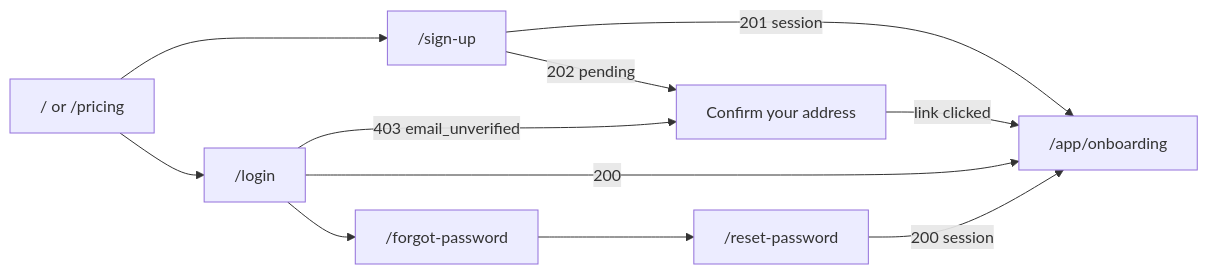
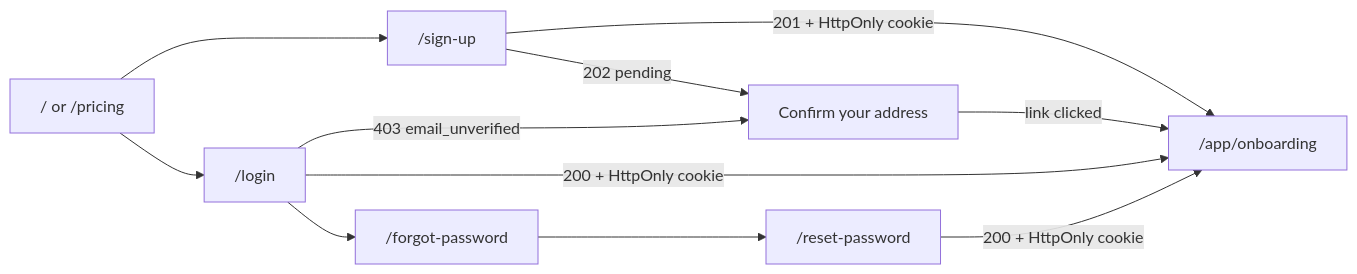
The sixth of 6 diagrams in README.md (Olyxee/Orgni), drawn with Mermaid before and after one commit. The commit also changed other lines of this file and 7 other files, not shown here.

Commit message:
feat(auth): implement session management with HttpOnly cookies and logout functionality

````diff
--- a/README.md
+++ b/README.md
@@ -263,13 +264,13 @@
 ```mermaid
 flowchart LR
     Home["/ or /pricing"] --> Login["/login"]
     Home --> Signup["/sign-up"]
-    Signup -->|"201 session"| Onboard["/app/onboarding"]
+    Signup -->|"201 + HttpOnly cookie"| Onboard["/app/onboarding"]
     Signup -->|"202 pending"| Confirm["Confirm your address"]
     Confirm -->|"link clicked"| Onboard
-    Login -->|"200"| Onboard
+    Login -->|"200 + HttpOnly cookie"| Onboard
     Login -->|"403 email_unverified"| Confirm
     Login --> Forgot["/forgot-password"]
     Forgot --> Reset["/reset-password"]
-    Reset -->|"200 session"| Onboard
+    Reset -->|"200 + HttpOnly cookie"| Onboard
 ```
````
